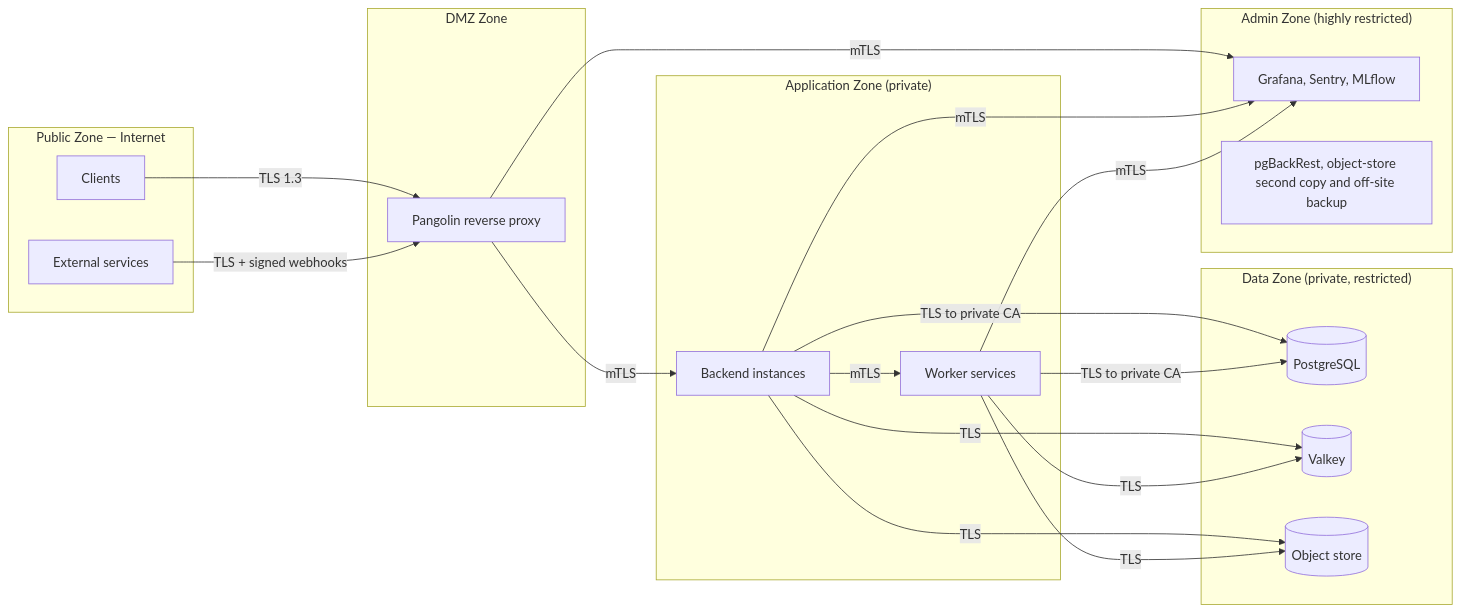
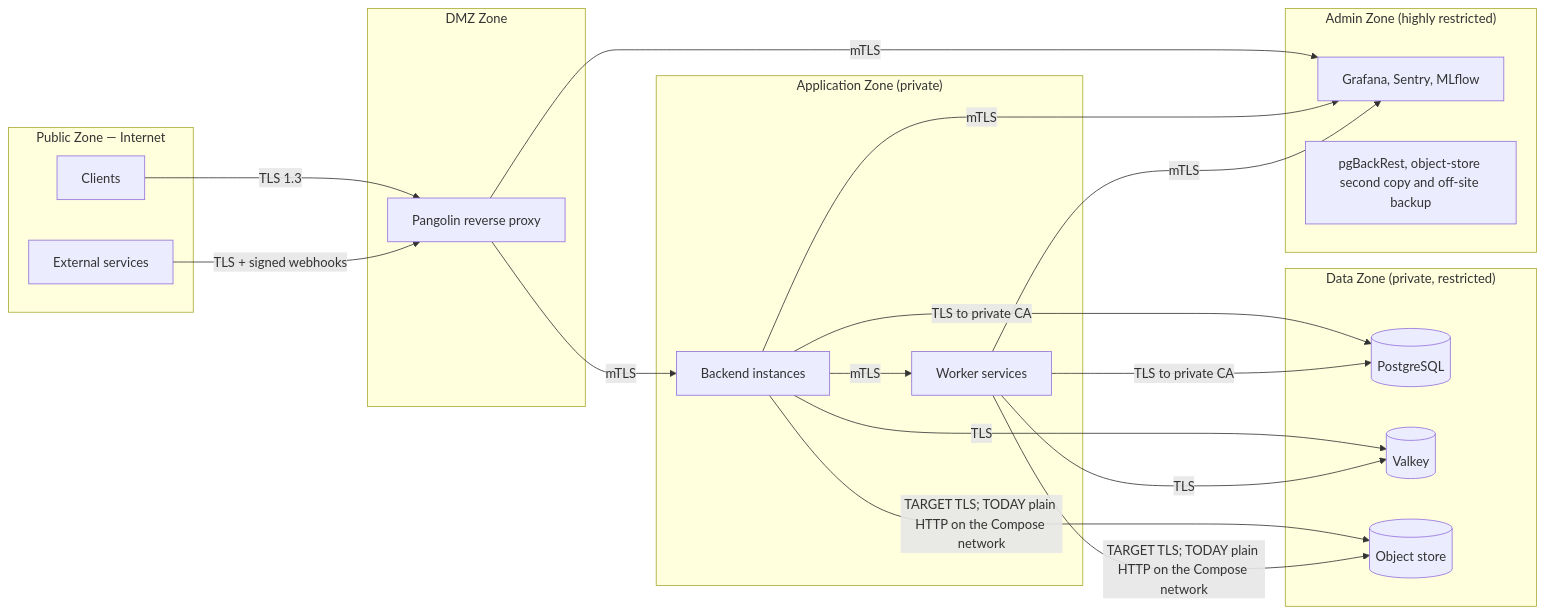
The second of 12 diagrams in docs/architecture/CHARTWARDEN_SYSTEM_DESIGN_v0.3.md (Engrace-Hospice/chartwarden), drawn with Mermaid before and after one commit. The commit also changed other lines of this file and 5 other files, not shown here.

First line of the commit message:
docs(architecture): object-store retention, backup, recovery and erasure claims match what is enabled

````diff
--- a/docs/architecture/CHARTWARDEN_SYSTEM_DESIGN_v0.3.md
+++ b/docs/architecture/CHARTWARDEN_SYSTEM_DESIGN_v0.3.md
@@ -106,36 +106,36 @@
 ```mermaid
 flowchart LR
   subgraph public["Public Zone — Internet"]
     clients2["Clients"]
     external2["External services"]
   end
 
   subgraph dmz["DMZ Zone"]
     pangolin2["Pangolin reverse proxy"]
   end
 
   subgraph appzone["Application Zone (private)"]
     backend2["Backend instances"]
     workers2["Worker services"]
   end
 
   subgraph datazone["Data Zone (private, restricted)"]
     pg2[("PostgreSQL")]
     valkey2[("Valkey")]
     objstore2[("Object store")]
   end
 
   subgraph adminzone["Admin Zone (highly restricted)"]
     monitoring["Grafana, Sentry, MLflow"]
     backups["pgBackRest, object-store second copy and off-site backup"]
   end
 
   clients2 -- TLS 1.3 --> pangolin2
   pangolin2 -- mTLS --> backend2
   backend2 -- mTLS --> workers2
   backend2 & workers2 -- TLS to private CA --> pg2
   backend2 & workers2 -- TLS --> valkey2
-  backend2 & workers2 -- TLS --> objstore2
+  backend2 & workers2 -- "TARGET TLS; TODAY plain HTTP on the Compose network" --> objstore2
   pangolin2 & backend2 & workers2 -- mTLS --> monitoring
   external2 -- TLS + signed webhooks --> pangolin2
 ```
````
